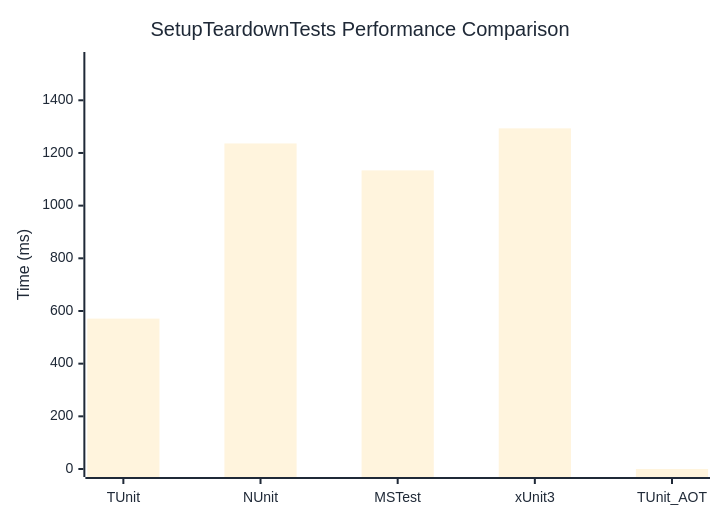
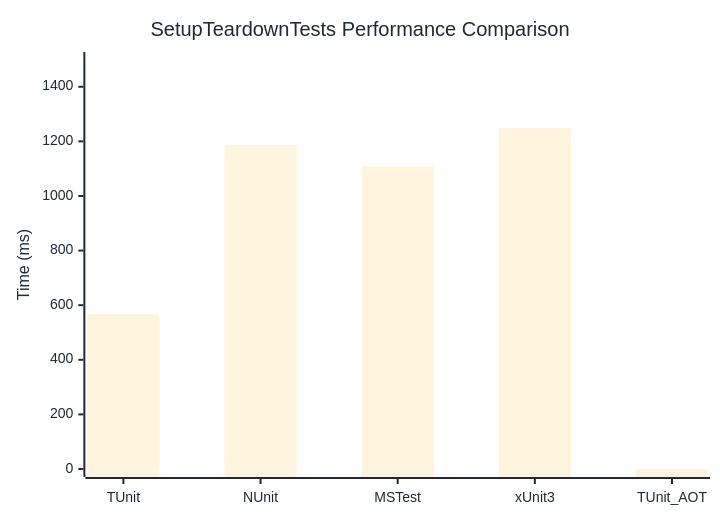
The diagram in docs/docs/benchmarks/SetupTeardownTests.md (thomhurst/TUnit), drawn with Mermaid before and after one commit. The commit also changed other lines of this file and 17 other files, not shown here.

````diff
--- a/docs/docs/benchmarks/SetupTeardownTests.md
+++ b/docs/docs/benchmarks/SetupTeardownTests.md
@@ -27,37 +27,37 @@
 ```mermaid
 %%{init: {
   'theme':'base',
   'themeVariables': {
     'primaryColor': '#2563eb',
     'primaryTextColor': '#1f2937',
     'primaryBorderColor': '#1e40af',
     'lineColor': '#6b7280',
     'secondaryColor': '#7c3aed',
     'tertiaryColor': '#dc2626',
     'background': '#ffffff',
     'mainBkg': '#2563eb',
     'secondBkg': '#7c3aed',
     'tertiaryBkg': '#dc2626',
     'clusterBkg': '#f3f4f6',
     'edgeLabelBackground': '#ffffff',
     'tertiaryTextColor': '#1f2937',
     'pie1': '#2563eb',
     'pie2': '#7c3aed',
     'pie3': '#dc2626',
     'pie4': '#f59e0b',
     'pie5': '#10b981',
     'pie6': '#06b6d4',
     'pie7': '#ec4899',
     'pie8': '#6366f1',
     'pie9': '#84cc16',
     'pie10': '#f97316',
     'pie11': '#14b8a6',
     'pie12': '#a855f7'
   }
 }}%%
 xychart-beta
   title "SetupTeardownTests Performance Comparison"
   x-axis ["TUnit", "NUnit", "MSTest", "xUnit3", "TUnit_AOT"]
-  y-axis "Time (ms)" 0 --> 1553
-  bar [571, 1236.1, 1133.8, 1293.4, 0]
+  y-axis "Time (ms)" 0 --> 1498
+  bar [567.4, 1186.4, 1107.8, 1247.9, 0]
 ```
````
